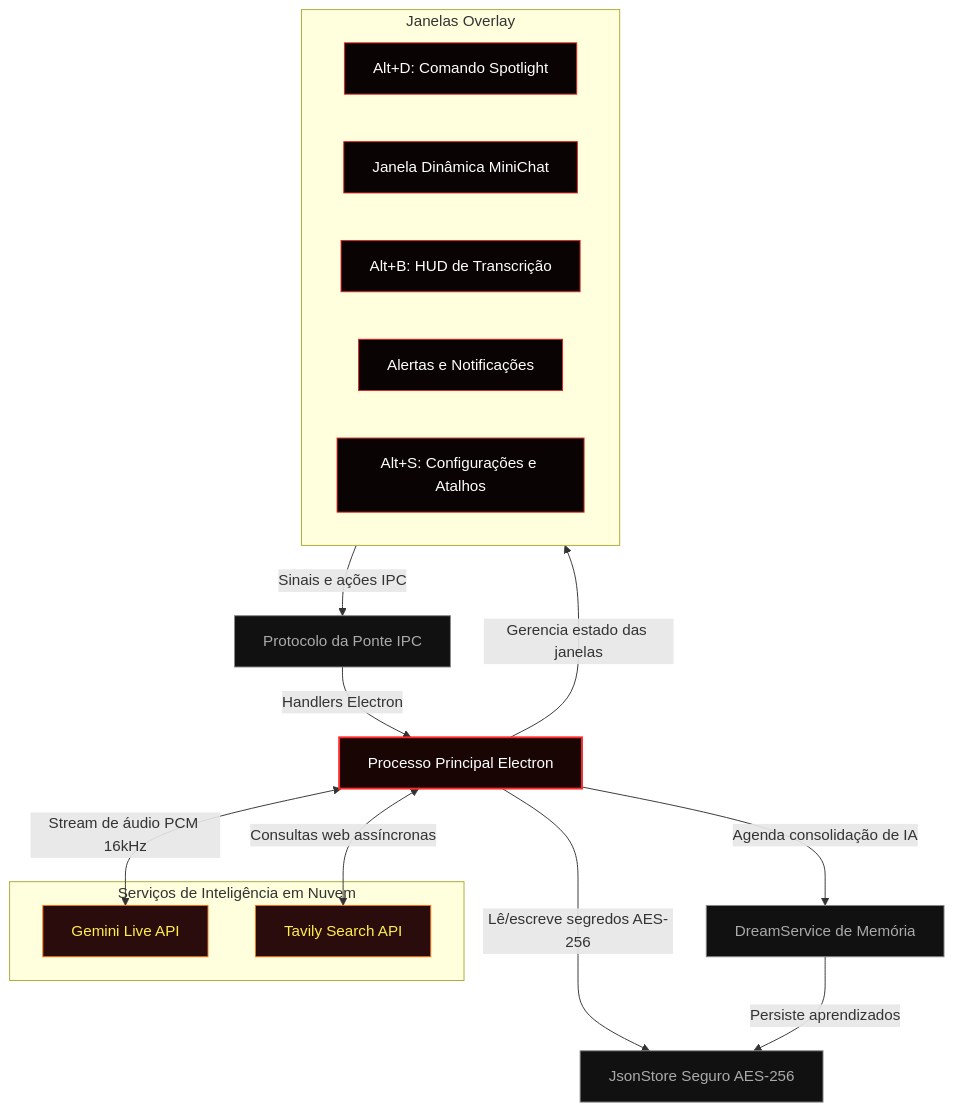
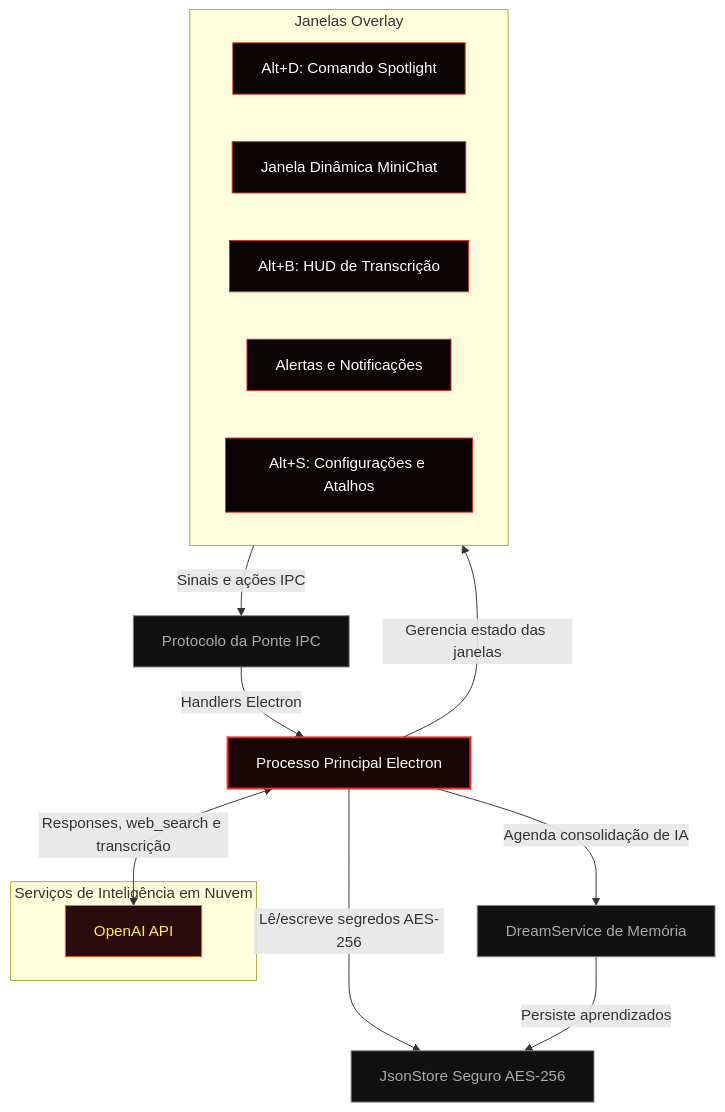
The diagram in README.md (fberbert/hades-agent), drawn with Mermaid before and after one commit. The commit also changed other lines of this file and 91 other files, not shown here.

````diff
--- a/README.md
+++ b/README.md
@@ -126,36 +125,34 @@
 ```mermaid
 graph TD
     classDef main fill:#1a0505,stroke:#ff2a2a,stroke-width:2px,color:#fff;
     classDef float fill:#0a0303,stroke:#dc2626,stroke-width:1px,color:#fff;
     classDef service fill:#111,stroke:#888,stroke-width:1px,color:#aaa;
     classDef external fill:#2b0c0c,stroke:#f97316,stroke-width:1px,color:#ffed4a;
 
     Main[Processo Principal Electron]:::main
     
     subgraph UI_Layers [Janelas Overlay]
         CommandBar[Alt+D: Comando Spotlight]:::float
         MiniChat[Janela Dinâmica MiniChat]:::float
         Susurro[Alt+B: HUD de Transcrição]:::float
         Notification[Alertas e Notificações]:::float
         Settings[Alt+S: Configurações e Atalhos]:::float
     end
     
     SSoT[Protocolo da Ponte IPC]:::service
     Store[JsonStore Seguro AES-256]:::service
     Dream[DreamService de Memória]:::service
     
     subgraph Cloud_APIs [Serviços de Inteligência em Nuvem]
-        Gemini[Gemini Live API]:::external
-        Tavily[Tavily Search API]:::external
+        OpenAI[OpenAI API]:::external
     end
 
     Main -->|Gerencia estado das janelas| UI_Layers
     UI_Layers -->|Sinais e ações IPC| SSoT
     SSoT -->|Handlers Electron| Main
     Main -->|Lê/escreve segredos AES-256| Store
     Main -->|Agenda consolidação de IA| Dream
     Dream -->|Persiste aprendizados| Store
     
-    Main <-->|Stream de áudio PCM 16kHz| Gemini
-    Main <-->|Consultas web assíncronas| Tavily
+    Main <-->|Responses, web_search e transcrição| OpenAI
 ```
````
